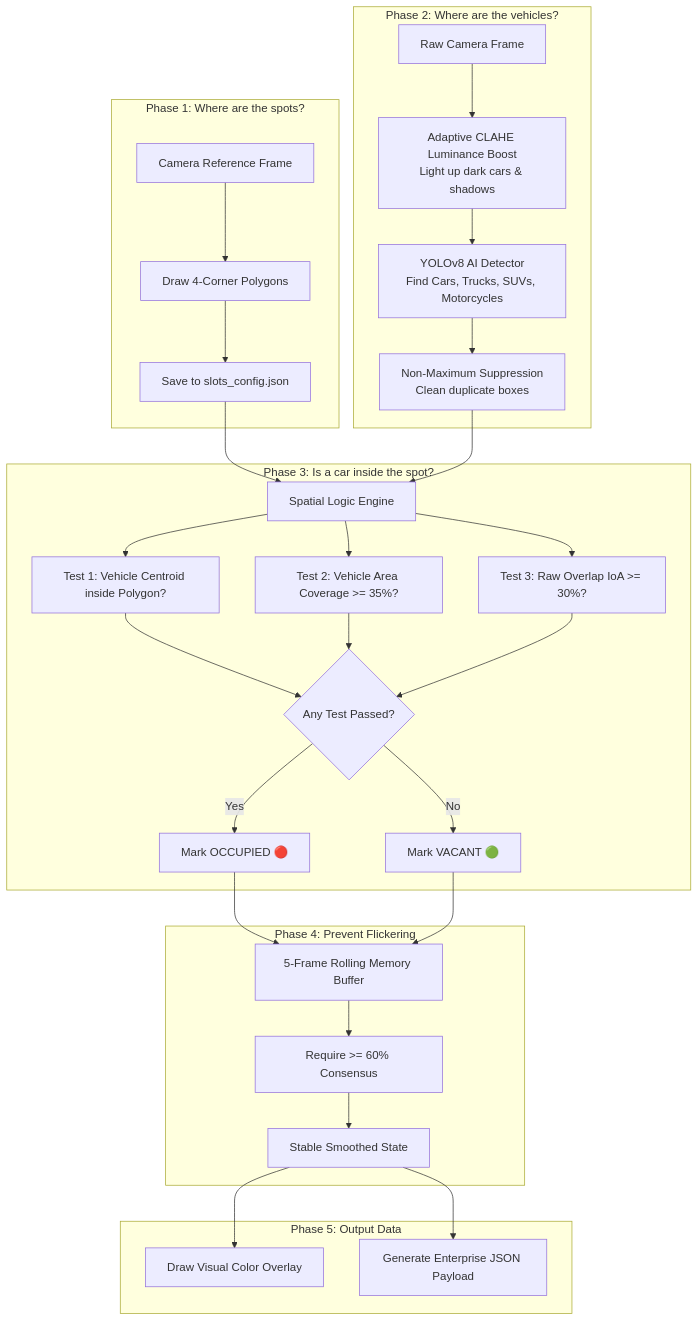
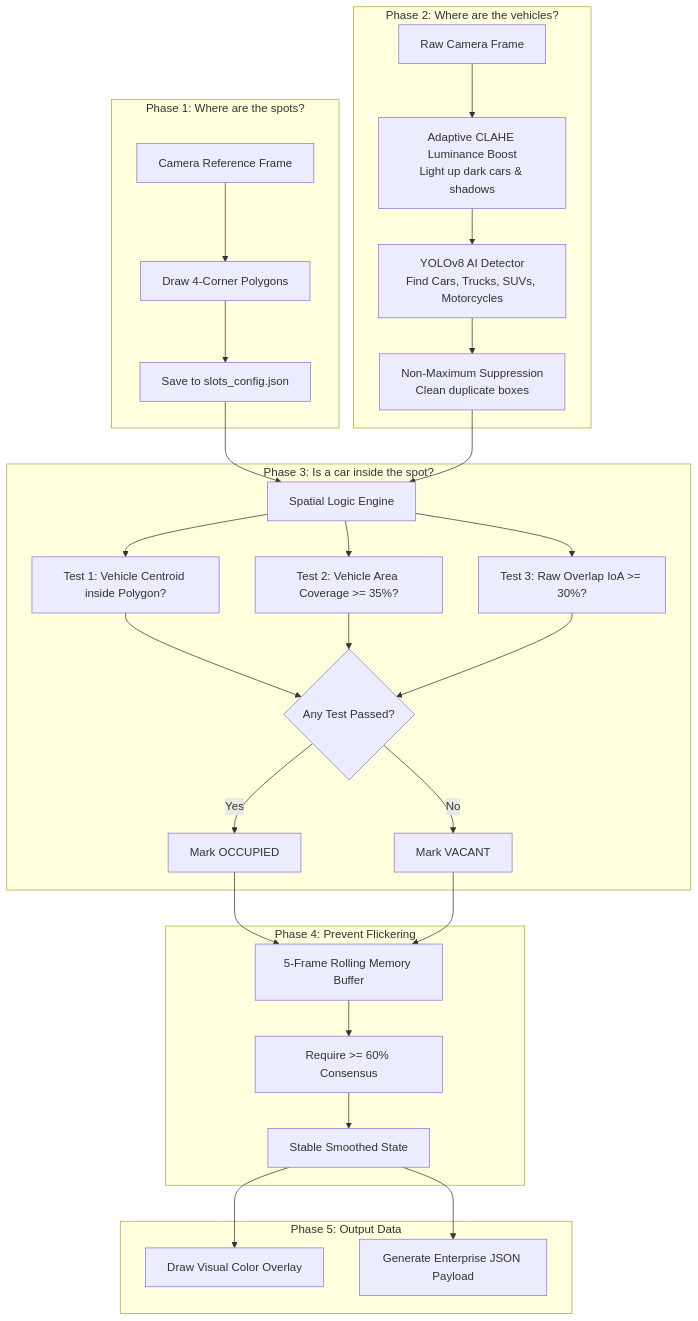
The diagram in docs/TAB6_SPACE_DETECTION_GUIDE.md (tantanrevidad/parking-poc), drawn with Mermaid before and after one commit. The commit also changed other lines of this file and 2 other files, not shown here.

````diff
--- a/docs/TAB6_SPACE_DETECTION_GUIDE.md
+++ b/docs/TAB6_SPACE_DETECTION_GUIDE.md
@@ -81,35 +81,35 @@
 ```mermaid
 flowchart TD
     subgraph P1["Phase 1: Where are the spots?"]
         A[Camera Reference Frame] --> B[Draw 4-Corner Polygons]
         B --> C[Save to slots_config.json]
     end
 
     subgraph P2["Phase 2: Where are the vehicles?"]
         D[Raw Camera Frame] --> E[Adaptive CLAHE Luminance Boost\nLight up dark cars & shadows]
         E --> F[YOLOv8 AI Detector\nFind Cars, Trucks, SUVs, Motorcycles]
         F --> G[Non-Maximum Suppression\nClean duplicate boxes]
     end
 
     subgraph P3["Phase 3: Is a car inside the spot?"]
         C --> H[Spatial Logic Engine]
         G --> H
         H --> I["Test 1: Vehicle Centroid inside Polygon?"]
         H --> J["Test 2: Vehicle Area Coverage >= 35%?"]
         H --> K["Test 3: Raw Overlap IoA >= 30%?"]
         I & J & K --> L{Any Test Passed?}
-        L -->|Yes| M[Mark OCCUPIED 🔴]
-        L -->|No| N[Mark VACANT 🟢]
+        L -->|Yes| M[Mark OCCUPIED]
+        L -->|No| N[Mark VACANT]
     end
 
     subgraph P4["Phase 4: Prevent Flickering"]
         M & N --> O[5-Frame Rolling Memory Buffer]
         O --> P[Require >= 60% Consensus]
         P --> Q[Stable Smoothed State]
     end
 
     subgraph P5["Phase 5: Output Data"]
         Q --> R[Draw Visual Color Overlay]
         Q --> S[Generate Enterprise JSON Payload]
     end
 ```
````
